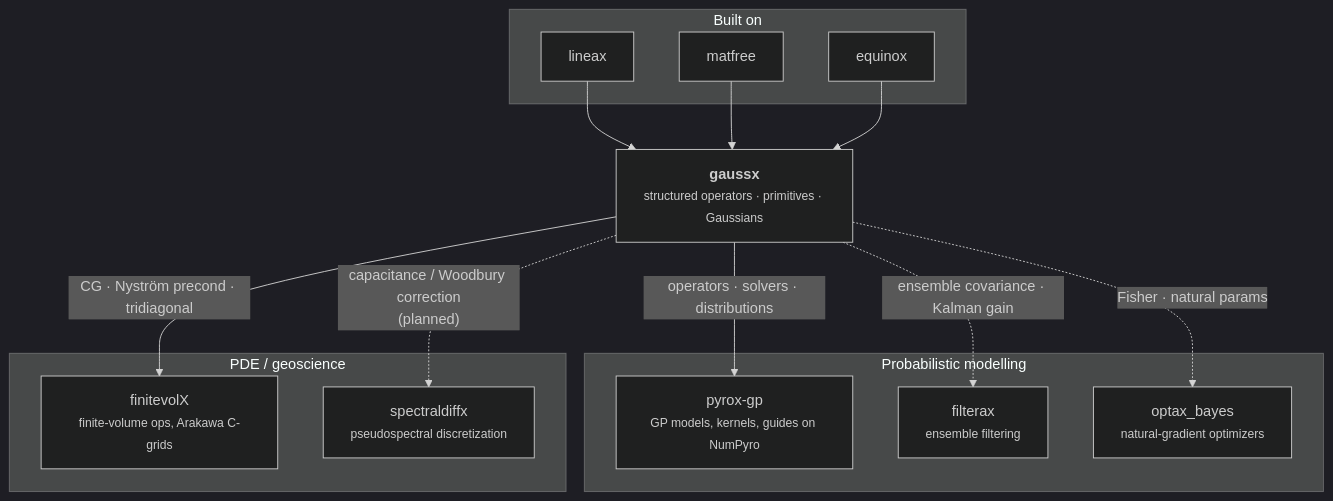
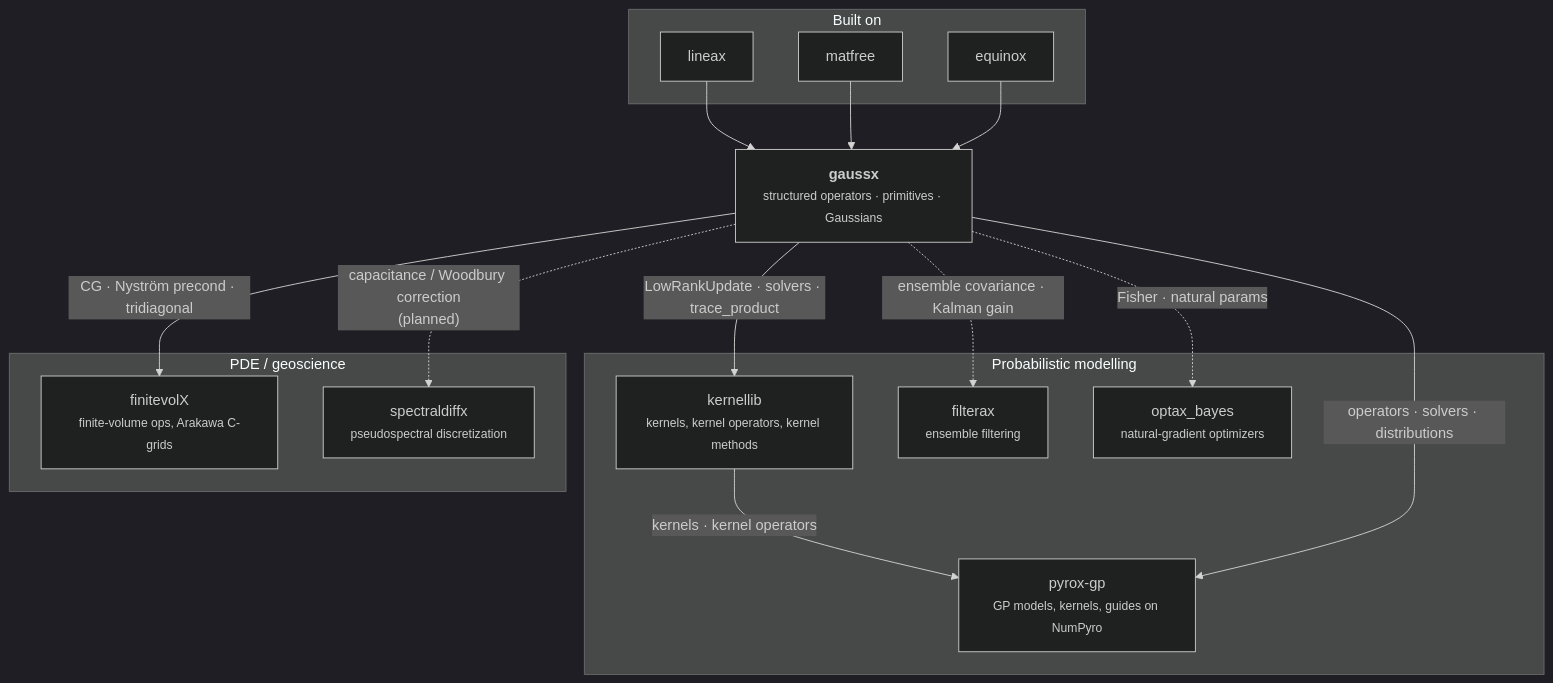
The seventh of 7 diagrams in docs/architecture.md (jejjohnson/gaussx), drawn with Mermaid (dark theme) before and after one commit. The commit also changed other lines of this file and 41 other files, not shown here.

````diff
--- a/docs/architecture.md
+++ b/docs/architecture.md
@@ -509,40 +491,44 @@
 ```mermaid
 flowchart TB
     subgraph UP["Built on"]
         LINEAX["lineax"]
         MATFREE["matfree"]
         EQX["equinox"]
     end
 
     GX["<b>gaussx</b><br/><small>structured operators · primitives · Gaussians</small>"]
 
     subgraph PROB["Probabilistic modelling"]
+        KL["kernellib<br/><small>kernels, kernel operators, kernel methods</small>"]
         PYROX["pyrox-gp<br/><small>GP models, kernels, guides on NumPyro</small>"]
         FILTERAX["filterax<br/><small>ensemble filtering</small>"]
         OPTAXB["optax_bayes<br/><small>natural-gradient optimizers</small>"]
     end
 
     subgraph PDE["PDE / geoscience"]
         FVX["finitevolX<br/><small>finite-volume ops, Arakawa C-grids</small>"]
         SDX["spectraldiffx<br/><small>pseudospectral discretization</small>"]
     end
 
     LINEAX --> GX
     MATFREE --> GX
     EQX --> GX
 
+    GX -->|"LowRankUpdate · solvers · trace_product"| KL
+    KL -->|"kernels · kernel operators"| PYROX
     GX -->|"operators · solvers · distributions"| PYROX
     GX -.->|"ensemble covariance · Kalman gain"| FILTERAX
     GX -.->|"Fisher · natural params"| OPTAXB
     GX -->|"CG · Nyström precond · tridiagonal"| FVX
     GX -.->|"capacitance / Woodbury correction<br/>(planned)"| SDX
 
     click LINEAX "https://github.com/patrick-kidger/lineax" _blank
     click MATFREE "https://github.com/pnkraemer/matfree" _blank
     click EQX "https://github.com/patrick-kidger/equinox" _blank
+    click KL "https://github.com/jejjohnson/kernellib" _blank
     click PYROX "https://github.com/jejjohnson/pyrox" _blank
     click FILTERAX "https://github.com/jejjohnson/filterax" _blank
     click OPTAXB "https://github.com/jejjohnson/optax_bayes" _blank
     click FVX "https://github.com/jejjohnson/finitevolX" _blank
     click SDX "https://github.com/jejjohnson/spectraldiffx" _blank
 ```
````
